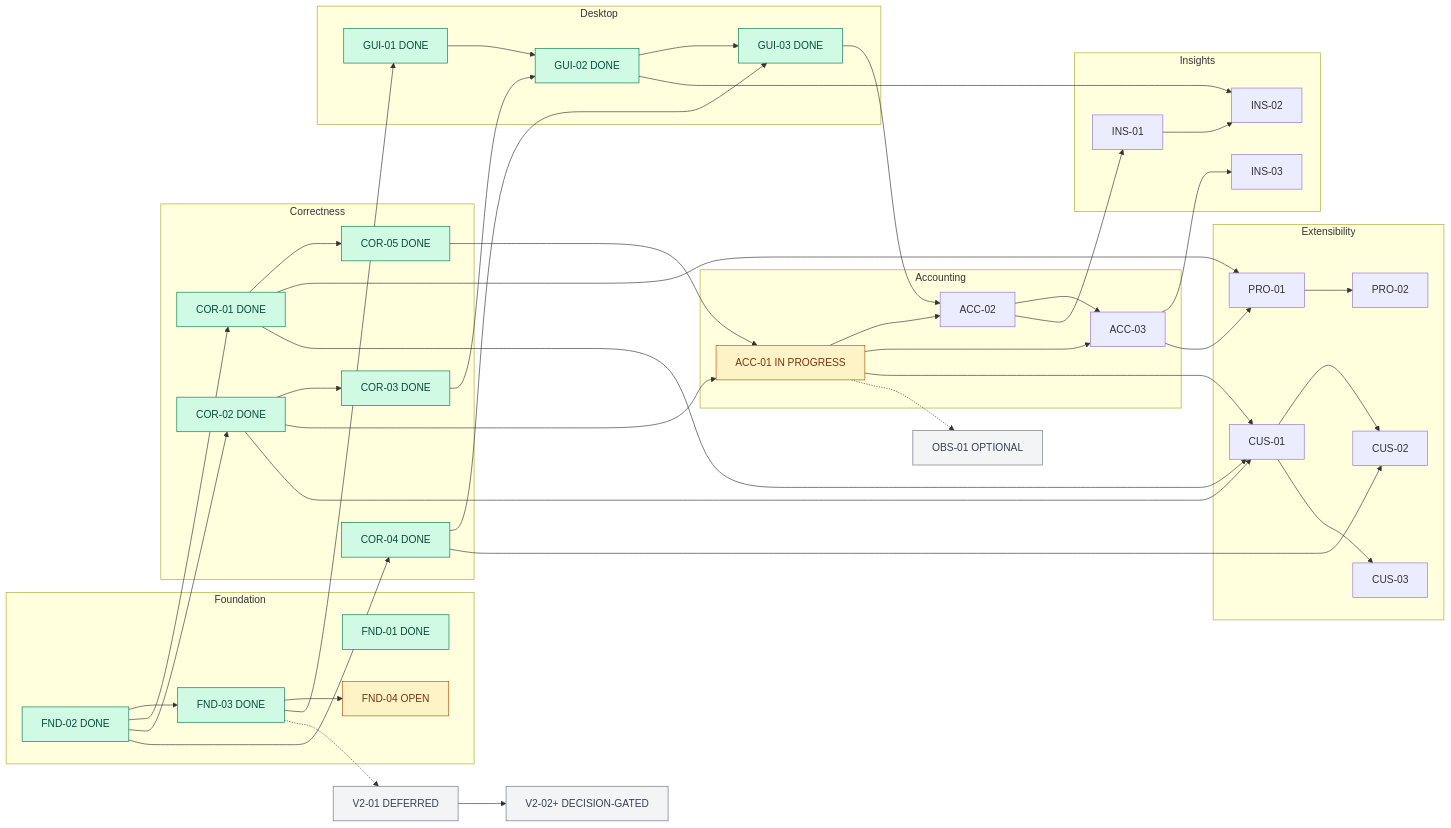
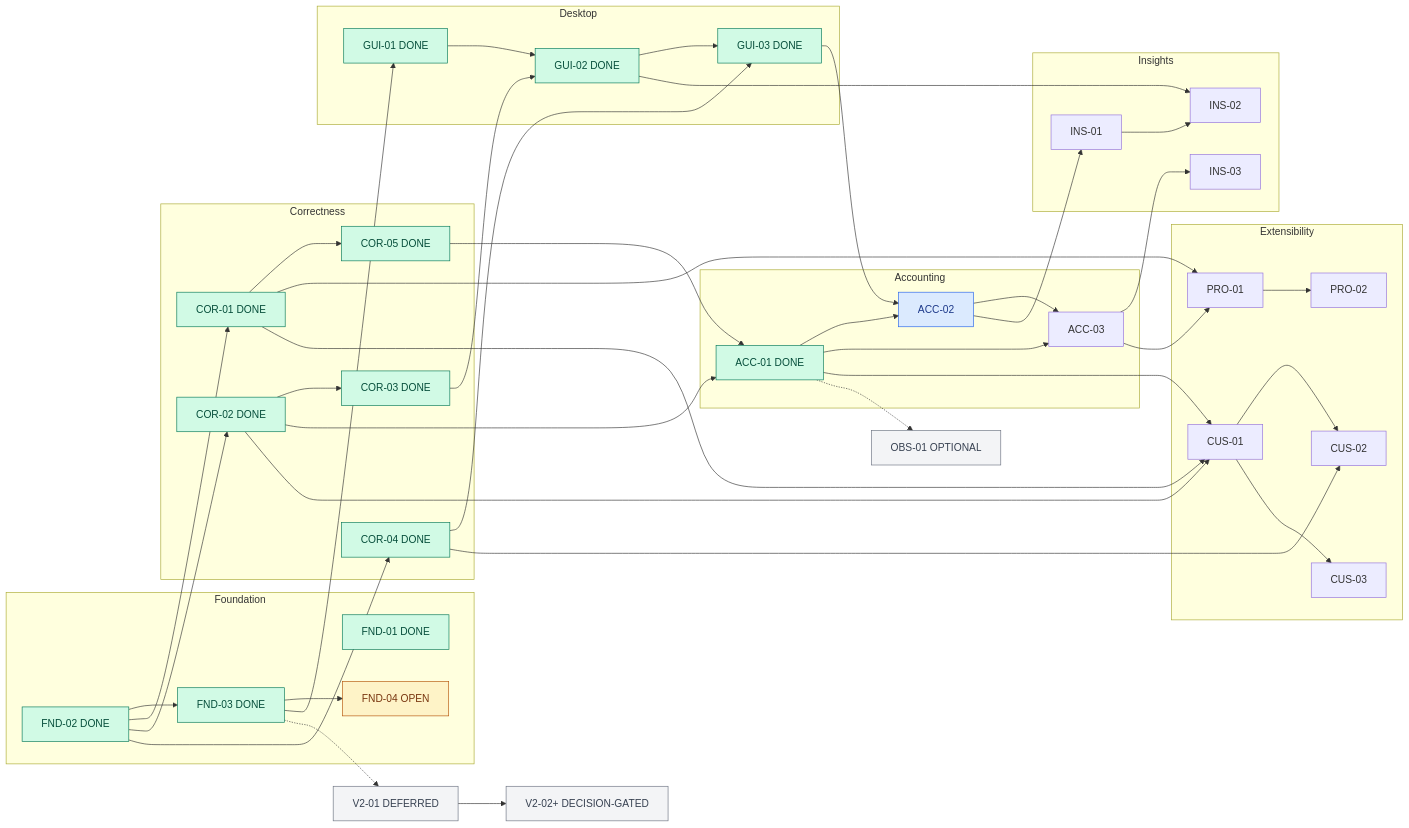
The second of 2 diagrams in docs/UPSTREAM_DELIVERY_PLAN.md (slkiser/opencode-quota), drawn with Mermaid before and after one commit. The commit also changed other lines of this file and 3 other files, not shown here.

````diff
--- a/docs/UPSTREAM_DELIVERY_PLAN.md
+++ b/docs/UPSTREAM_DELIVERY_PLAN.md
@@ -180,57 +182,58 @@
 ```mermaid
 flowchart LR
   subgraph Foundation
     F01["FND-01 DONE"]
     F02["FND-02 DONE"] --> F03["FND-03 DONE"]
     F03 --> F04["FND-04 OPEN"]
   end
   subgraph Correctness
     F02 --> C01["COR-01 DONE"]
     F02 --> C02["COR-02 DONE"]
     C02 --> C03["COR-03 DONE"]
     F02 --> C04["COR-04 DONE"]
     C01 --> C05["COR-05 DONE"]
   end
   subgraph Desktop
     F03 --> G01["GUI-01 DONE"]
     G01 --> G02["GUI-02 DONE"]
     C03 --> G02
     G02 --> G03["GUI-03 DONE"]
     C04 --> G03
   end
   subgraph Accounting
-    C02 --> A01["ACC-01 IN PROGRESS"]
+    C02 --> A01["ACC-01 DONE"]
     C05 --> A01
     A01 --> A02["ACC-02"]
     G03 --> A02
     A01 --> A03["ACC-03"]
     A02 --> A03
   end
   subgraph Insights
     A02 --> I01["INS-01"]
     I01 --> I02["INS-02"]
     G02 --> I02
     A03 --> I03["INS-03"]
   end
   subgraph Extensibility
     A03 --> P01["PRO-01"]
     C01 --> P01
     P01 --> P02["PRO-02"]
     A01 --> U01["CUS-01"]
     C01 --> U01
     C02 --> U01
     U01 --> U02["CUS-02"]
     C04 --> U02
     U01 --> U03["CUS-03"]
   end
   A01 -.-> O01["OBS-01 OPTIONAL"]
   F03 -.-> V01["V2-01 DEFERRED"]
   V01 --> V02["V2-02+ DECISION-GATED"]
   classDef done fill:#d1fae5,stroke:#047857,color:#064e3b;
   classDef active fill:#fef3c7,stroke:#b45309,color:#78350f;
   classDef ready fill:#dbeafe,stroke:#2563eb,color:#1e3a8a;
   classDef optional fill:#f3f4f6,stroke:#6b7280,color:#374151;
-  class F01,F02,F03,C01,C02,C03,C04,C05,G01,G02,G03 done;
-  class F04,A01 active;
+  class F01,F02,F03,C01,C02,C03,C04,C05,G01,G02,G03,A01 done;
+  class F04 active;
+  class A02 ready;
   class O01,V01,V02 optional;
 ```
````
